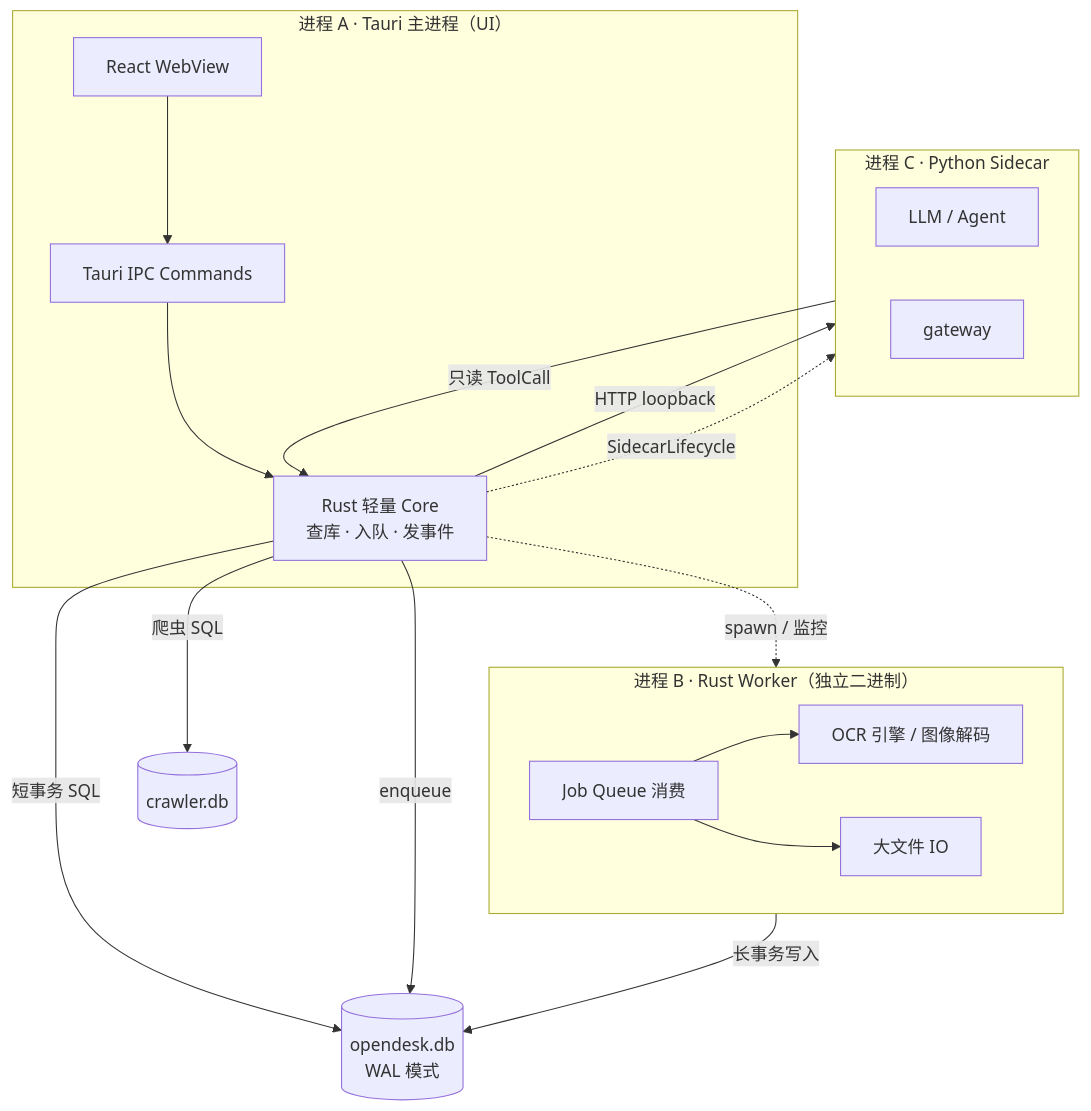
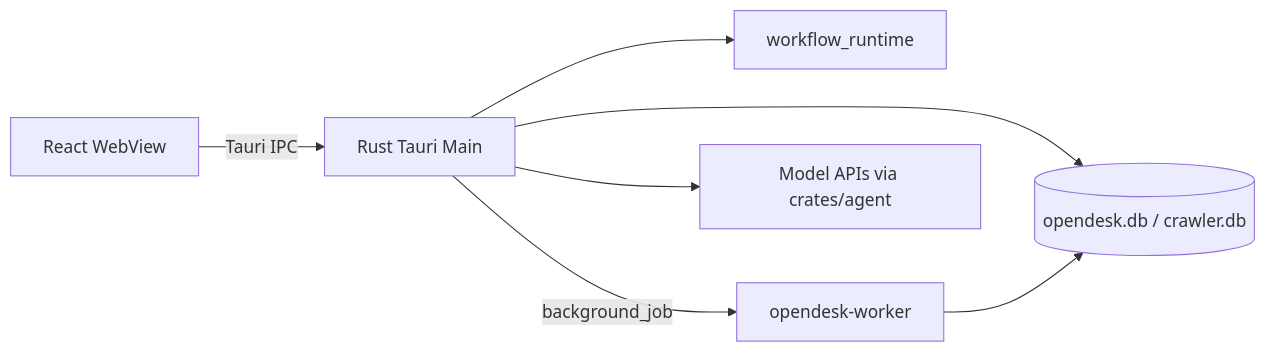
One commit to kingning2/OpenDesk changed the diagram in docs/architecture/process-model.md. Above: the diagram before and after it, drawn with Mermaid. The commit also changed other lines of this file and 95 other files, not shown here.

Commit message:
docs: 同步 Rust 单运行时 ADR、知识库与 Agent 规则

````diff
--- a/docs/architecture/process-model.md
+++ b/docs/architecture/process-model.md
@@ -13,35 +5,9 @@
 ```mermaid
-flowchart TB
-    subgraph UI["进程 A · Tauri 主进程（UI）"]
-        WEB[React WebView]
-        IPC[Tauri IPC Commands]
-        CORE[Rust 轻量 Core\n查库 · 入队 · 发事件]
-        WEB --> IPC --> CORE
-    end
-
-    subgraph WORKER["进程 B · Rust Worker（独立二进制）"]
-        WQ[Job Queue 消费]
-        OCR[OCR 引擎 / 图像解码]
-        IO[大文件 IO]
-        WQ --> OCR
-        WQ --> IO
-    end
-
-    subgraph AI["进程 C · Python Sidecar"]
-        LLM[LLM / Agent]
-        GW[gateway]
-    end
-
-    DB[(opendesk.db\nWAL 模式)]
-    CDB[(crawler.db)]
-
-    CORE -->|短事务 SQL| DB
-    CORE -->|爬虫 SQL| CDB
-    CORE -->|enqueue| DB
-    WORKER -->|长事务写入| DB
-    CORE -->|HTTP loopback| AI
-    AI -->|只读 ToolCall| CORE
-
-    CORE -.->|spawn / 监控| WORKER
-    CORE -.->|SidecarLifecycle| AI
+flowchart LR
+  React[React WebView] -->|Tauri IPC| Main[Rust Tauri Main]
+  Main --> DB[(opendesk.db / crawler.db)]
+  Main --> WF[workflow_runtime]
+  Main -->|background_job| Worker[opendesk-worker]
+  Worker --> DB
+  Main --> LLM[Model APIs via crates/agent]
 ```
````
